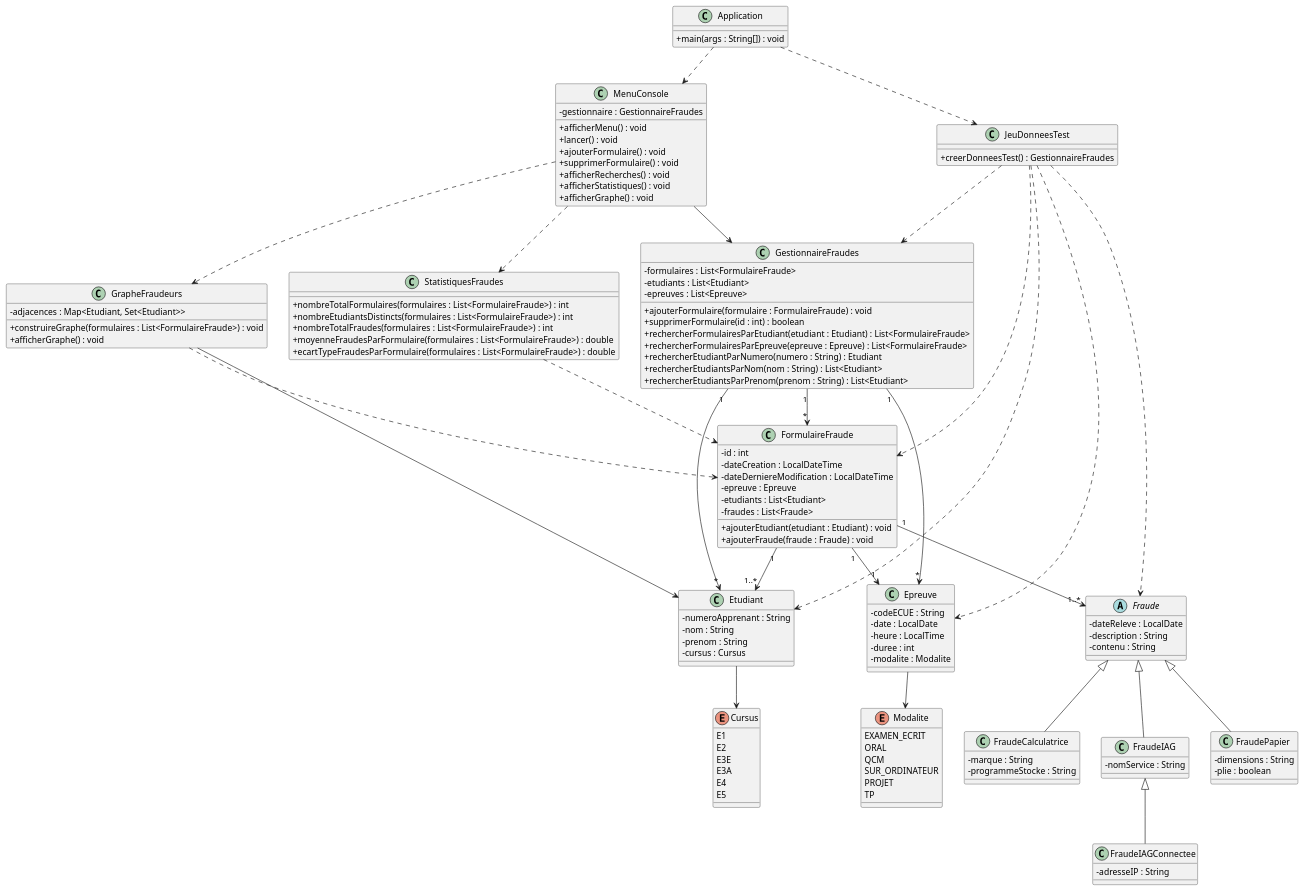
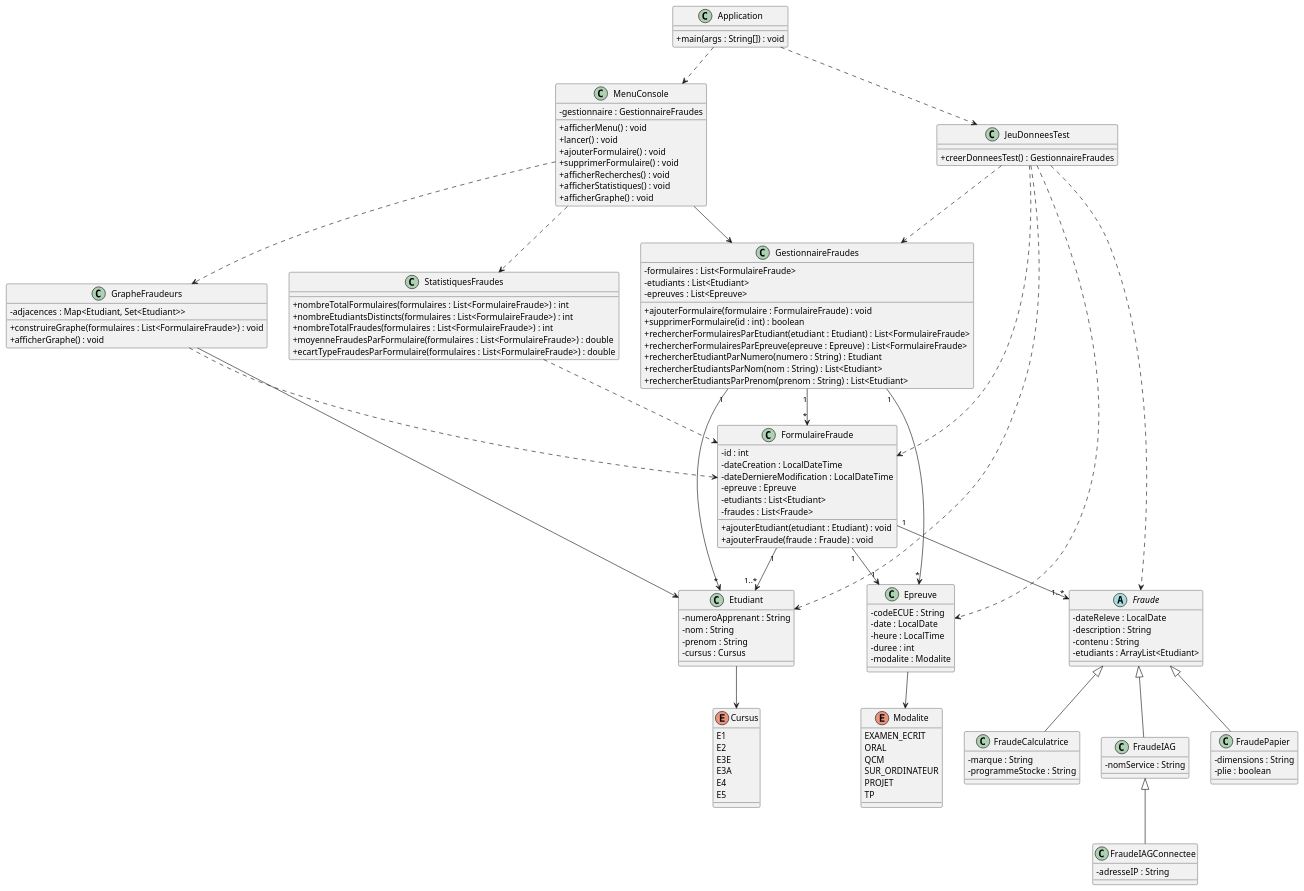
One commit to Basile-Morin/Projet_Devlo changed the diagram in aqzesrdctfvnj,kl.puml. Above: the diagram before and after it, drawn with PlantUML. The commit also changed 9 other files, not shown here.

```diff
--- a/aqzesrdctfvnj,kl.puml
+++ b/aqzesrdctfvnj,kl.puml
@@ -50,6 +50,7 @@
   - dateReleve : LocalDate
   - description : String
   - contenu : String
+  - etudiants : ArrayList<Etudiant>
 }
 
 class FraudeIAG {
```
